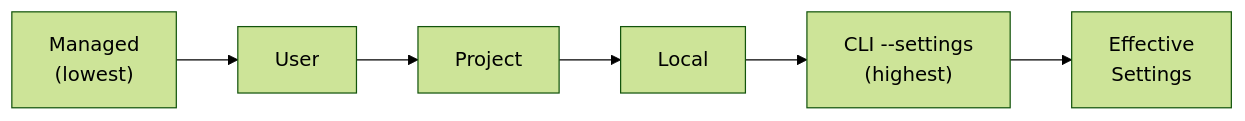
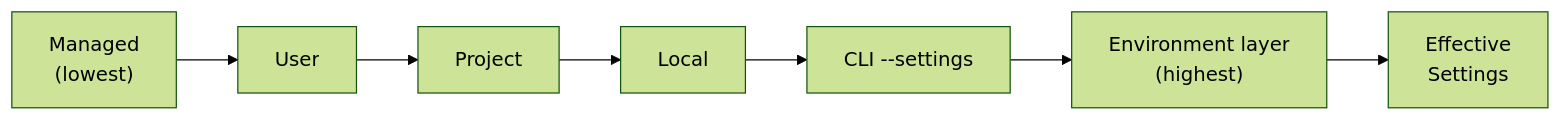
The diagram in docs/guide/src/configuration/settings-layering.md (caliban-ai/caliban), drawn with Mermaid (forest theme) before and after one commit. The commit also changed other lines of this file and 26 other files, not shown here.

````diff
--- a/docs/guide/src/configuration/settings-layering.md
+++ b/docs/guide/src/configuration/settings-layering.md
@@ -17,8 +17,9 @@
 ```mermaid
 flowchart LR
     M["Managed\n(lowest)"] --> U["User"]
     U --> P["Project"]
     P --> L["Local"]
-    L --> C["CLI --settings\n(highest)"]
-    C --> EFF["Effective\nSettings"]
+    L --> C["CLI --settings"]
+    C --> E["Environment layer\n(highest)"]
+    E --> EFF["Effective\nSettings"]
 ```
````
